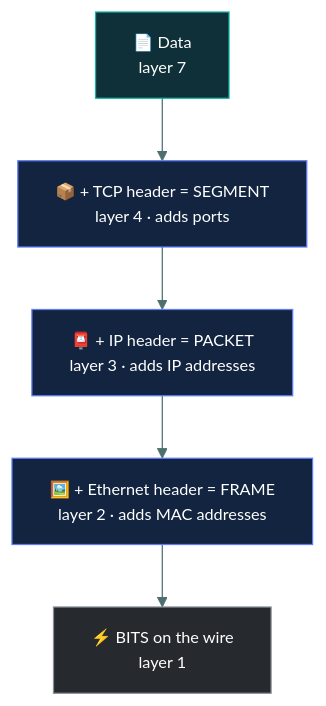
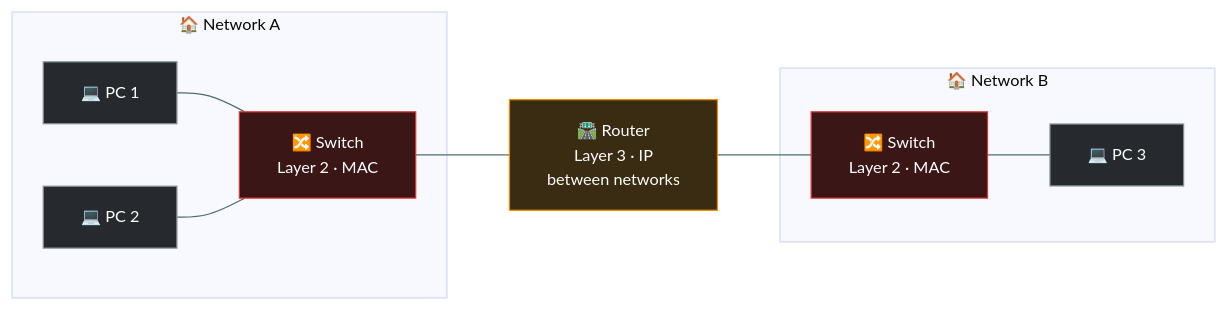
One commit to tarunTejaDesireddy/cc-exam-prep changed the fourth of 5 diagrams in 04-network-security/osi-and-tcpip/README.md. Above: the diagram before and after it, drawn with Mermaid. The commit also changed other lines of this file, not shown here.

Commit message:
Replace OSI and TCP/IP with caveman-style version, diagrams and questions

````diff
--- a/04-network-security/osi-and-tcpip/README.md
+++ b/04-network-security/osi-and-tcpip/README.md
@@ -209,14 +566,19 @@
 ```mermaid
 %%{init: {'theme':'base','themeVariables':{'fontSize':'13px','lineColor':'#4d6f6e','textColor':'#dbe7e6'}}}%%
-flowchart TD
-    D["📄 Data<br/>layer 7"] --> S["📦 + TCP header = SEGMENT<br/>layer 4 · adds ports"]
-    S --> P["📮 + IP header = PACKET<br/>layer 3 · adds IP addresses"]
-    P --> F["🖼️ + Ethernet header = FRAME<br/>layer 2 · adds MAC addresses"]
-    F --> B["⚡ BITS on the wire<br/>layer 1"]
+flowchart LR
+    subgraph LANA["🏠 Network A"]
+        PC1["💻 PC 1"] --- SW1["🔀 Switch<br/>Layer 2 · MAC"]
+        PC2["💻 PC 2"] --- SW1
+    end
+    subgraph LANB["🏠 Network B"]
+        SW2["🔀 Switch<br/>Layer 2 · MAC"] --- PC3["💻 PC 3"]
+    end
+    SW1 --- R["🛣️ Router<br/>Layer 3 · IP<br/>between networks"] --- SW2
 
-    style D fill:#0f3038,stroke:#12B5A5,color:#fff
-    style S fill:#12243f,stroke:#5C7CFA,color:#fff
-    style P fill:#12243f,stroke:#5C7CFA,color:#fff
-    style F fill:#12243f,stroke:#5C7CFA,color:#fff
-    style B fill:#26292e,stroke:#868E96,color:#fff
+    style PC1 fill:#26292e,stroke:#868E96,color:#fff
+    style PC2 fill:#26292e,stroke:#868E96,color:#fff
+    style PC3 fill:#26292e,stroke:#868E96,color:#fff
+    style SW1 fill:#3a1616,stroke:#E03131,color:#fff
+    style SW2 fill:#3a1616,stroke:#E03131,color:#fff
+    style R fill:#3a2c12,stroke:#F08C00,color:#fff
 ```
````
